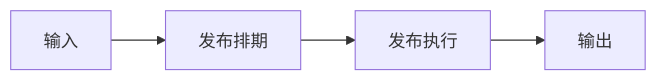
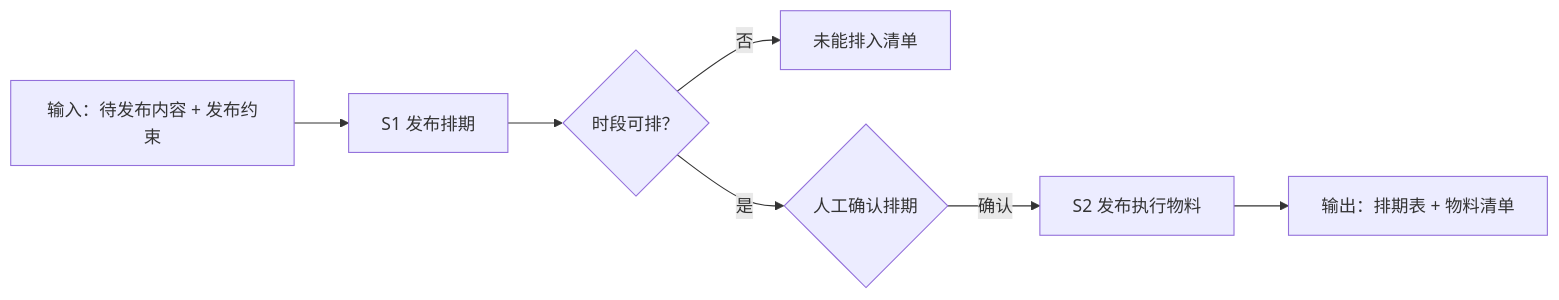
One commit to bangwozuo/multi-publish-zh changed the diagram in workflows/scheduled-publish-flow/SKILL.md. Above: the diagram before and after it, drawn with Mermaid. The commit also changed other lines of this file and 80 other files, not shown here.

````diff
--- a/workflows/scheduled-publish-flow/SKILL.md
+++ b/workflows/scheduled-publish-flow/SKILL.md
@@ -27,10 +42,12 @@
 ```mermaid
 flowchart LR
-    IN["输入"]
-    S1["发布排期"]
-    S2["发布执行"]
-    OUT["输出"]
+    IN["输入：待发布内容 + 发布约束"]
+    S1["S1 发布排期"]
+    Q1{"时段可排？"}
+    Q1 -- 否 --> OUT2["未能排入清单"]
+    Q1 -- 是 --> Q0{"人工确认排期"}
+    Q0 -- 确认 --> S2["S2 发布执行物料"]
+    S2 --> OUT["输出：排期表 + 物料清单"]
     IN --> S1
-    S1 --> S2
-    S2 --> OUT
+    S1 --> Q1
 ```
````
